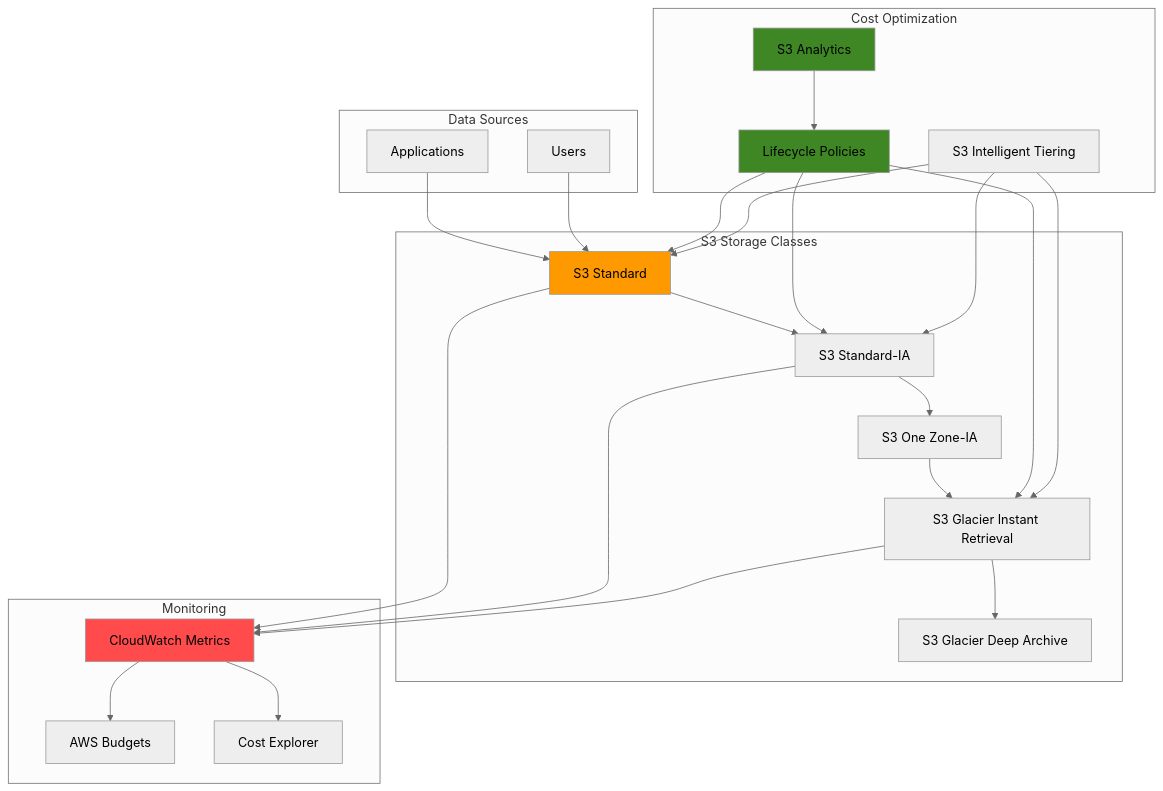
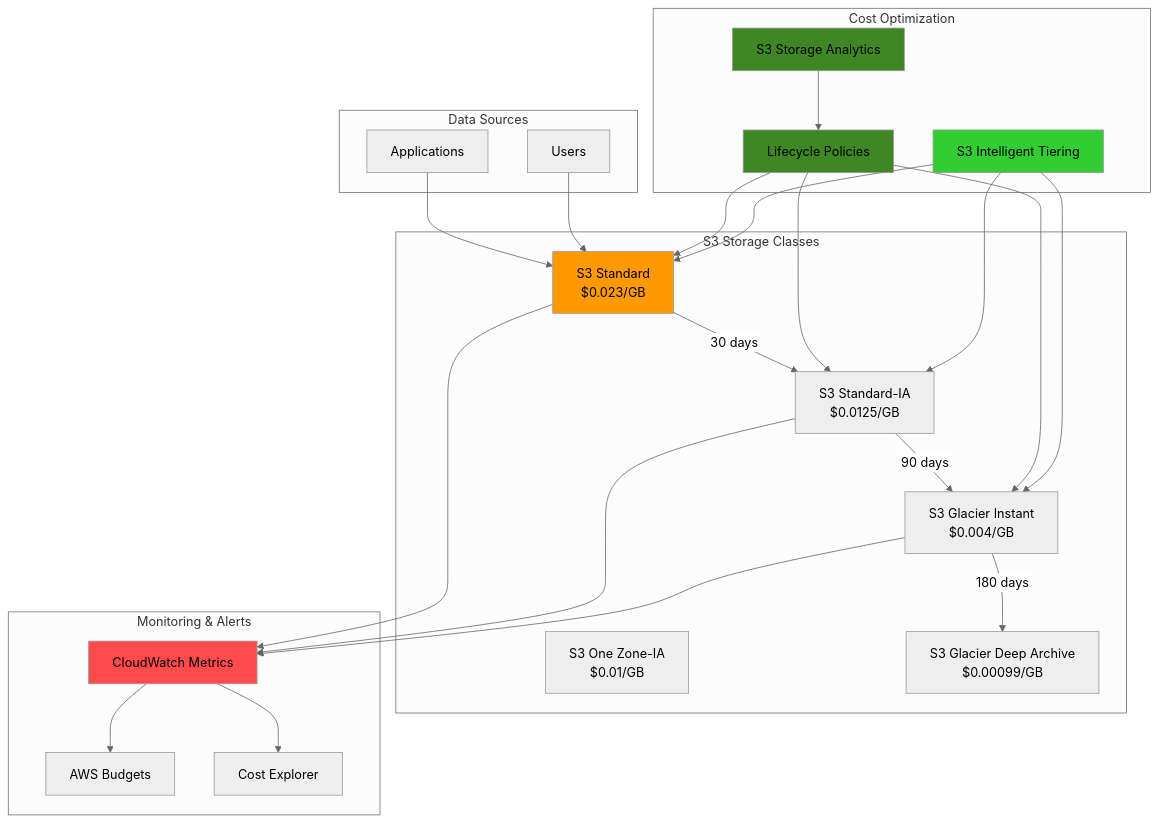
Before and after one commit to mzazon/awesome-cloud-projects: the diagram in aws/optimizing-storage-costs-s3/optimizing-storage-costs-s3.md, drawn with Mermaid (neutral theme). The commit also changed other lines of this file and 5581 other files, not shown here.

````diff
--- a/aws/optimizing-storage-costs-s3/optimizing-storage-costs-s3.md
+++ b/aws/optimizing-storage-costs-s3/optimizing-storage-costs-s3.md
@@ -30,56 +30,56 @@
 ```mermaid
 graph TB
     subgraph "Data Sources"
         APP[Applications]
         USERS[Users]
     end
     
     subgraph "S3 Storage Classes"
-        STD[S3 Standard]
-        IA[S3 Standard-IA]
-        ONEIA[S3 One Zone-IA]
-        GLACIER[S3 Glacier Instant Retrieval]
-        DEEP[S3 Glacier Deep Archive]
+        STD[S3 Standard<br/>$0.023/GB]
+        IA[S3 Standard-IA<br/>$0.0125/GB]
+        ONEIA[S3 One Zone-IA<br/>$0.01/GB]
+        GLACIER[S3 Glacier Instant<br/>$0.004/GB]
+        DEEP[S3 Glacier Deep Archive<br/>$0.00099/GB]
     end
     
     subgraph "Cost Optimization"
-        ANALYTICS[S3 Analytics]
+        ANALYTICS[S3 Storage Analytics]
         LIFECYCLE[Lifecycle Policies]
         INTEL[S3 Intelligent Tiering]
     end
     
-    subgraph "Monitoring"
+    subgraph "Monitoring & Alerts"
         CW[CloudWatch Metrics]
         BUDGET[AWS Budgets]
         COST[Cost Explorer]
     end
     
     APP-->STD
     USERS-->STD
     
-    STD-->IA
-    IA-->ONEIA
-    ONEIA-->GLACIER
-    GLACIER-->DEEP
+    STD-->|30 days|IA
+    IA-->|90 days|GLACIER
+    GLACIER-->|180 days|DEEP
     
     ANALYTICS-->LIFECYCLE
     LIFECYCLE-->STD
     LIFECYCLE-->IA
     LIFECYCLE-->GLACIER
     
     INTEL-->STD
     INTEL-->IA
     INTEL-->GLACIER
     
     STD-->CW
     IA-->CW
     GLACIER-->CW
     
     CW-->BUDGET
     CW-->COST
     
     style STD fill:#FF9900
     style ANALYTICS fill:#3F8624
     style LIFECYCLE fill:#3F8624
     style CW fill:#FF4B4B
+    style INTEL fill:#32CD32
 ```
````
